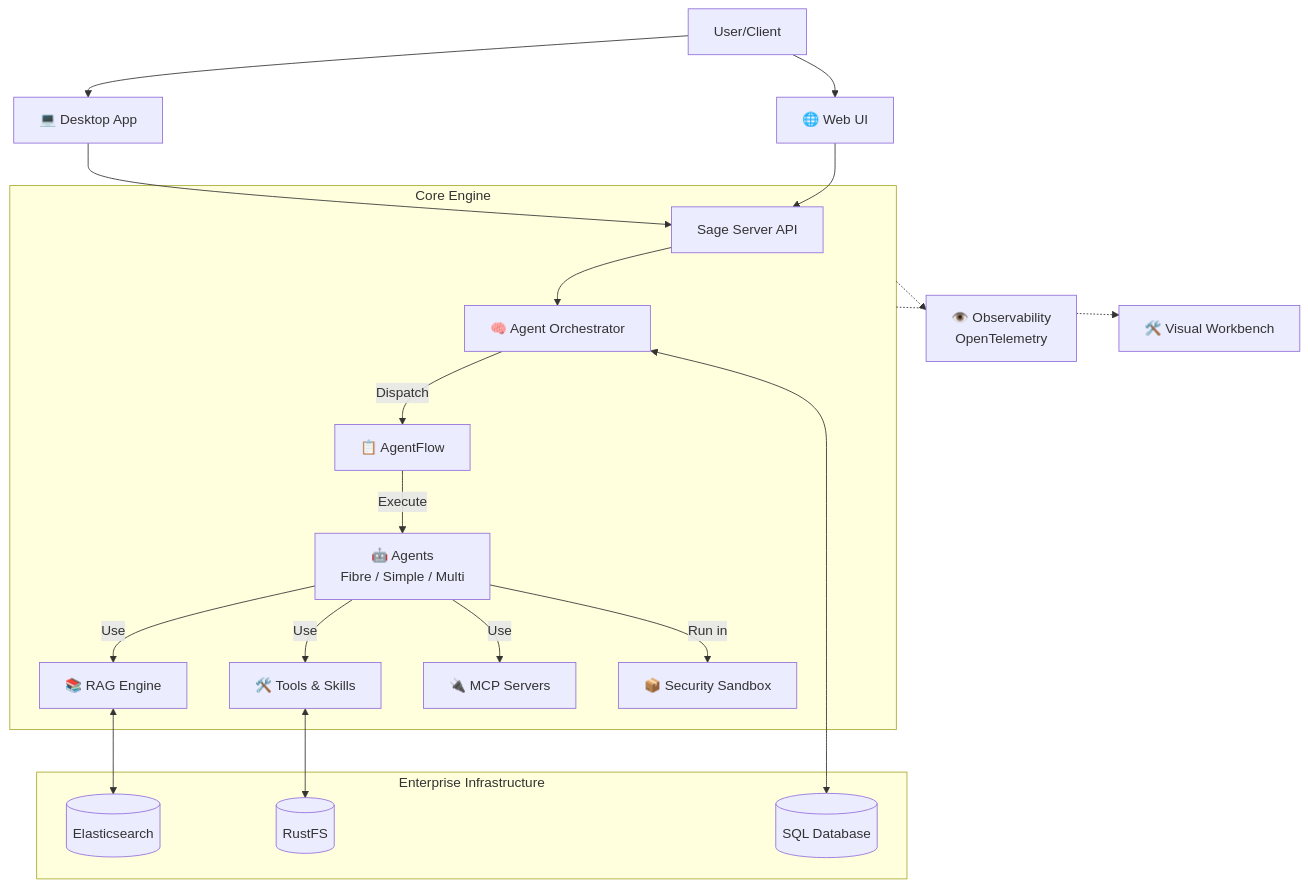
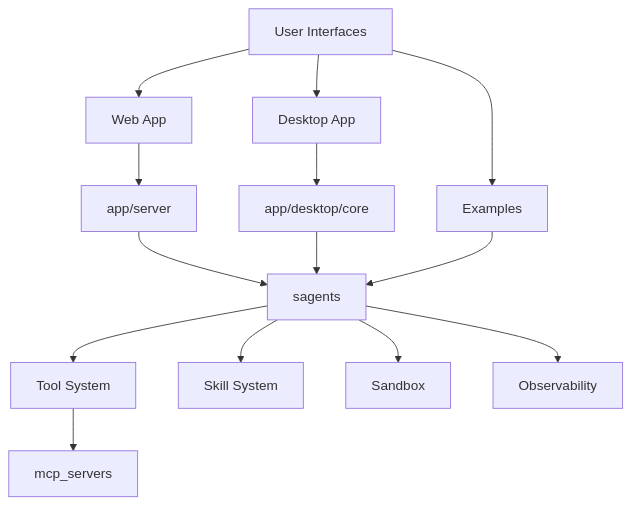
Before and after one commit to ZHangZHengEric/Sage: the diagram in README.md, drawn with Mermaid. The commit also changed other lines of this file and 34 other files, not shown here.

First line of the commit message:
docs: rebuild docs information architecture

````diff
--- a/README.md
+++ b/README.md
@@ -149,26 +145,16 @@
 ```mermaid
-graph TD
-    User[User/Client] --> Desktop[💻 Desktop App]
-    User --> Web[🌐 Web UI]
-    Desktop --> API[Sage Server API]
-    Web --> API
-    
-    subgraph Core[Core Engine]
-        API --> Orch[🧠 Agent Orchestrator]
-        Orch -- "Dispatch" --> Flow[📋 AgentFlow]
-        Flow -- "Execute" --> Agents["🤖 Agents<br/>Fibre / Simple / Multi"]
-        Agents -- "Use" --> RAG[📚 RAG Engine]
-        Agents -- "Use" --> Tools[🛠️ Tools & Skills]
-        Agents -- "Use" --> MCP[🔌 MCP Servers]
-        Agents -- "Run in" --> Box[📦 Security Sandbox]
-    end
-
-    subgraph Infra[Enterprise Infrastructure]
-        RAG <--> ES[(Elasticsearch)]
-        Tools <--> RustFS[(RustFS)]
-        Orch <--> DB[(SQL Database)]
-    end
-    
-    Core -.-> Obs["👁️ Observability<br/>OpenTelemetry"]
-    Core -.-> Workbench["🛠️ Visual Workbench"]
+flowchart TD
+    User[User Interfaces] --> Web[Web App]
+    User --> Desktop[Desktop App]
+    User --> Examples[Examples]
+    Web --> Server[app/server]
+    Desktop --> DesktopCore[app/desktop/core]
+    Server --> Runtime[sagents]
+    DesktopCore --> Runtime
+    Examples --> Runtime
+    Runtime --> Tools[Tool System]
+    Runtime --> Skills[Skill System]
+    Runtime --> Sandbox[Sandbox]
+    Runtime --> Obs[Observability]
+    Tools --> MCP[mcp_servers]
 ```
````
